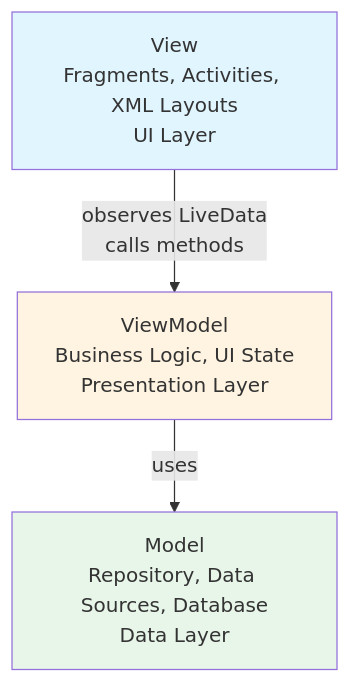
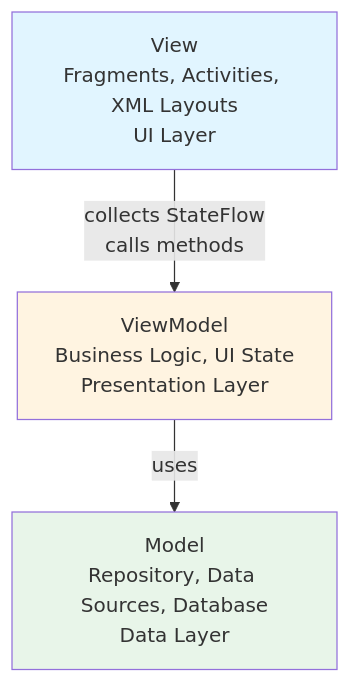
One commit to alebianco/chronicle changed the first of 5 diagrams in backlog/docs/reference/02-architecture.md. Above: the diagram before and after it, drawn with Mermaid. The commit also changed other lines of this file and 7 other files, not shown here.

````diff
--- a/backlog/docs/reference/02-architecture.md
+++ b/backlog/docs/reference/02-architecture.md
@@ -18,13 +18,13 @@
 ```mermaid
 graph TD
     A[View<br/>Fragments, Activities, XML Layouts<br/>UI Layer]
     B[ViewModel<br/>Business Logic, UI State<br/>Presentation Layer]
     C[Model<br/>Repository, Data Sources, Database<br/>Data Layer]
     
-    A -->|observes LiveData<br/>calls methods| B
+    A -->|collects StateFlow<br/>calls methods| B
     B -->|uses| C
     
     style A fill:#e1f5ff
     style B fill:#fff4e1
     style C fill:#e8f5e9
 ```
````
